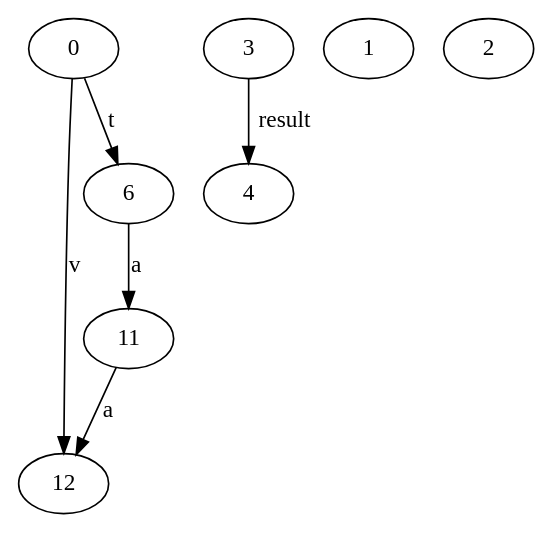
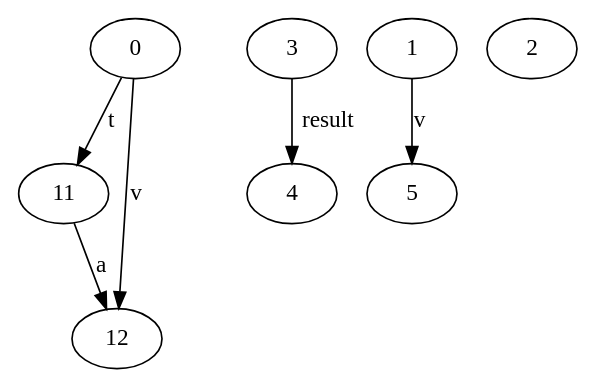
The diagram in AliasingImpl/source/test.dot (varivera/aliasing-java), drawn with Graphviz before and after one commit. The commit also changed 3 other files, not shown here.

```diff
--- a/AliasingImpl/source/test.dot
+++ b/AliasingImpl/source/test.dot
@@ -1,15 +1,15 @@
 digraph G {
 n11->n12 [label="a"]
-n6->n11 [label="a"]
 n0->n12 [label="v"]
-n0->n6 [label="t"]
+n0->n11 [label="t"]
 n0[label="0"]
-n6[label="6"]
 n12[label="12"]
 n11[label="11"]
 n3->n4 [label="result"]
 n3[label="3"]
 n4[label="4"]
+n1->n5 [label="v"]
 n1[label="1"]
+n5[label="5"]
 n2[label="2"]
 }
```
